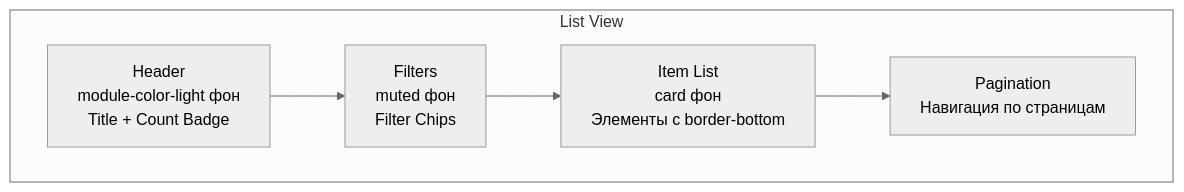
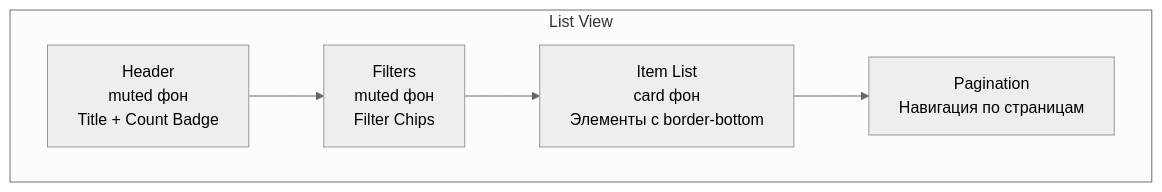
The fifth of 8 diagrams in ui/adolf_ui_4_layout_patterns.md (Sign25/Docs), drawn with Mermaid (neutral theme) before and after one commit. The commit also changed other lines of this file, not shown here.

Commit message:
refactor(ui): remove module colors, unify to --primary v1.1

````diff
--- a/ui/adolf_ui_4_layout_patterns.md
+++ b/ui/adolf_ui_4_layout_patterns.md
@@ -327,10 +327,10 @@
 ```mermaid
 flowchart TB
     subgraph LV["List View"]
-        HEADER["Header<br/>module-color-light фон<br/>Title + Count Badge"]
+        HEADER["Header<br/>muted фон<br/>Title + Count Badge"]
         FILTERS["Filters<br/>muted фон<br/>Filter Chips"]
         LIST["Item List<br/>card фон<br/>Элементы с border-bottom"]
         PAGINATION["Pagination<br/>Навигация по страницам"]
     end
     HEADER --> FILTERS --> LIST --> PAGINATION
 ```
````
